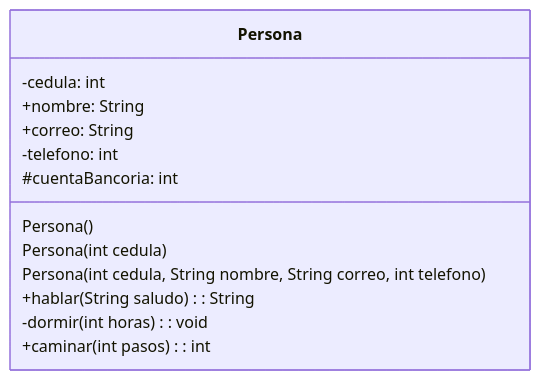
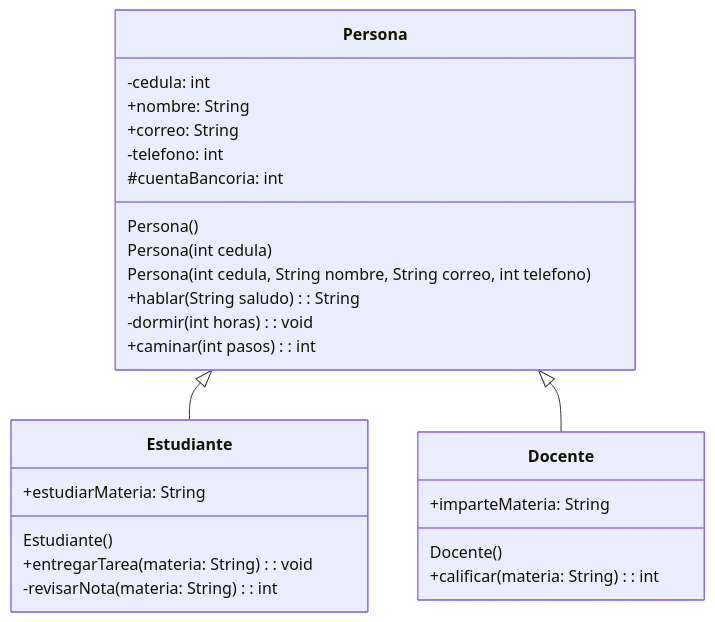
The second of 2 diagrams in README.md (uniajc-gperezm/demo412), drawn with Mermaid before and after one commit. The commit also changed 3 other files, not shown here.

Commit message:
Creando clases Docente y Estudiante

````diff
--- a/README.md
+++ b/README.md
@@ -83,17 +83,35 @@
 ```mermaid
 classDiagram
 class Persona {
     -cedula: int
     +nombre: String
     +correo: String
     -telefono: int
     #cuentaBancoria: int
     
     Persona()
     Persona(int cedula)
     Persona(int cedula, String nombre, String correo, int telefono)
     +hablar(String saludo): String
     -dormir(int horas): void
     +caminar(int pasos): int
 }
+
+class Estudiante {
+    +estudiarMateria: String
+    
+    Estudiante()
+    +entregarTarea(materia: String): void
+    -revisarNota(materia: String): int
+}
+
+class Docente {
+    +imparteMateria: String
+    
+    Docente()
+    +calificar(materia: String): int
+}
+
+Persona <|-- Estudiante
+Persona <|-- Docente
 ```
````
